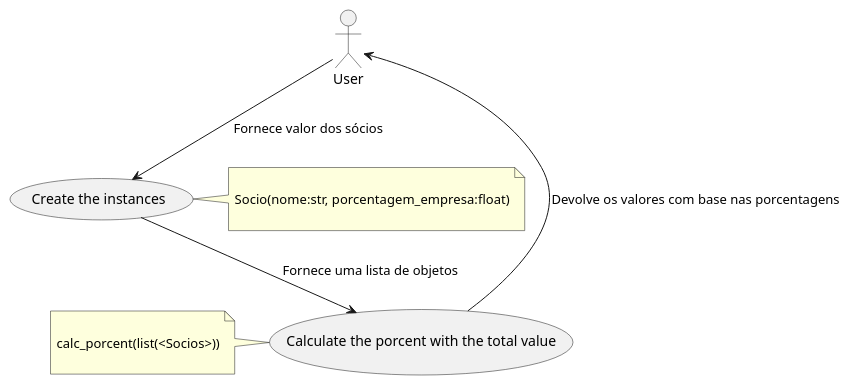
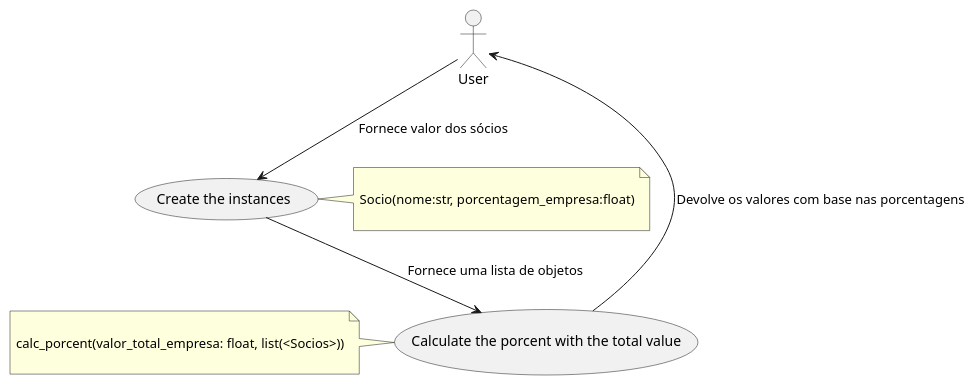
The third of 4 diagrams in exec1.plantuml (Lichwyy/exerciciosofteng2702), drawn with PlantUML before and after one commit. The commit also changed other lines of this file and 1 other file, not shown here.

```diff
--- a/exec1.plantuml
+++ b/exec1.plantuml
@@ -28,24 +28,24 @@
 @startuml caso_de_uso
 :User: --> (Object): Fornece valor dos sócios
 "Create the instances" as (Object)
 
 
 
 note right of (Object)
 
 Socio(nome:str, porcentagem_empresa:float)
 
 endnote
 
 (Object) --> (CalcPorcent): Fornece uma lista de objetos
 
 (CalcPorcent) -left-> :User:: Devolve os valores com base nas porcentagens
 "Calculate the porcent with the total value" as (CalcPorcent)
 
 note left of (CalcPorcent)
 
-calc_porcent(list(<Socios>))
+calc_porcent(valor_total_empresa: float, list(<Socios>))
 
 endnote
 
 @enduml
```
